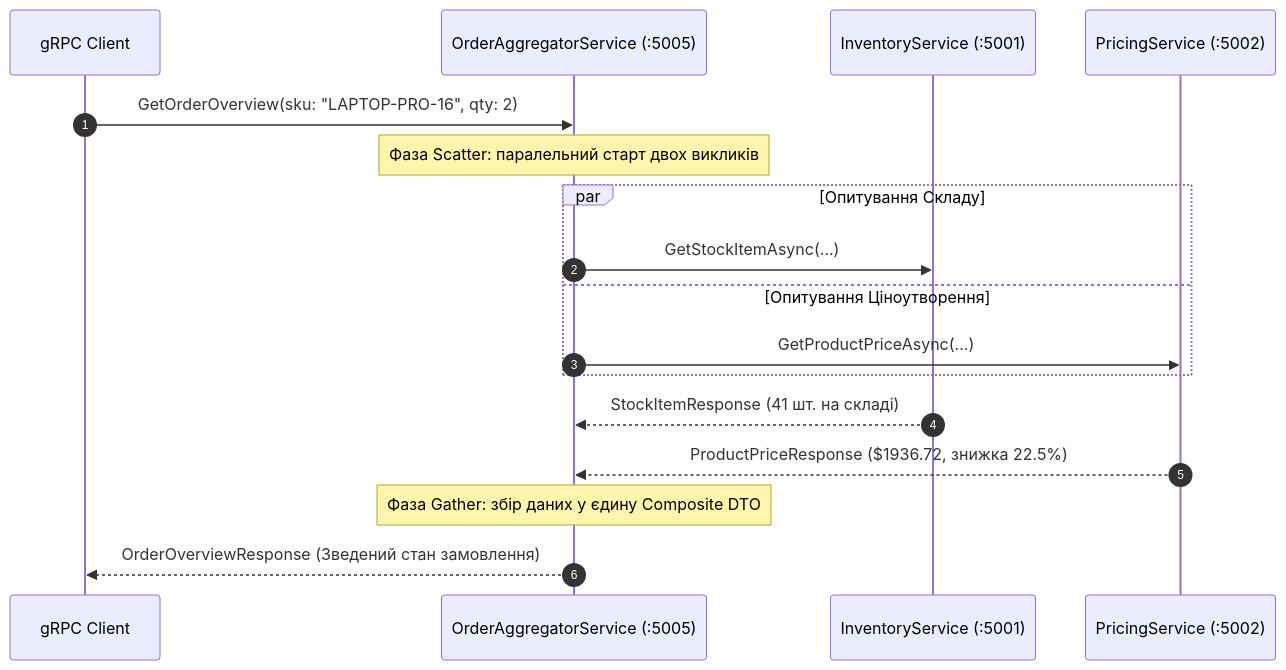
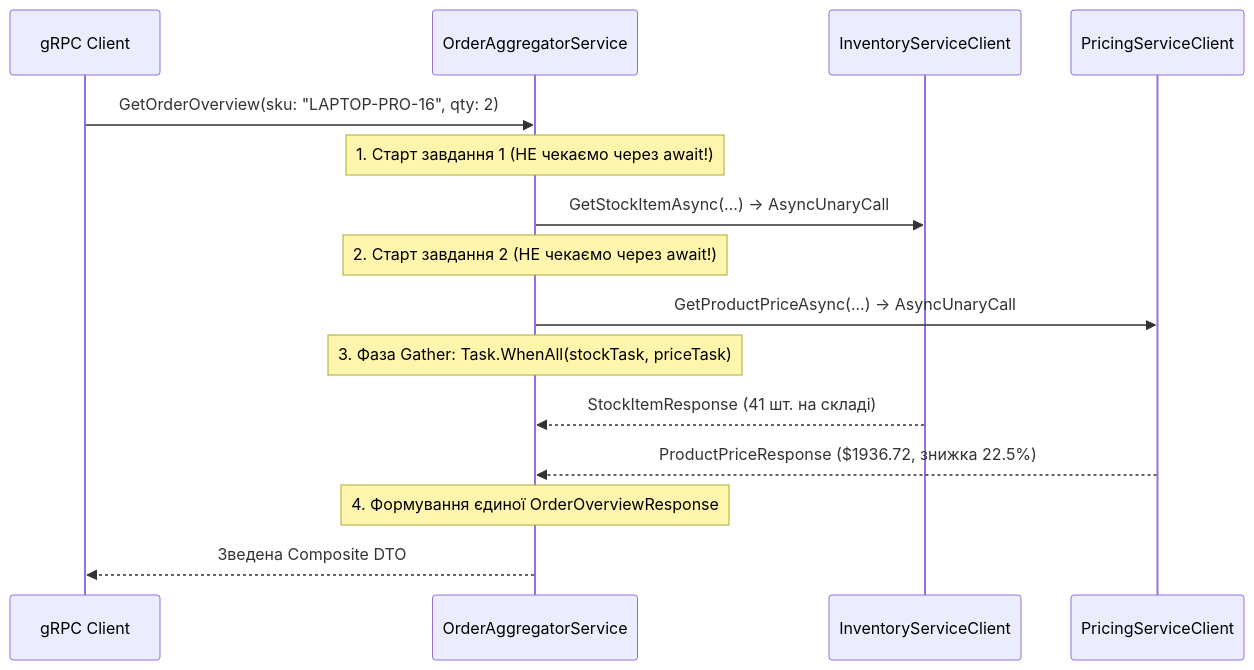
Before and after one commit to MrTomkaYurii/AspNet-gRPC-Mastery: the second of 3 diagrams in docs/Mastery-05-Aggregator-Pattern.md, drawn with Mermaid. The commit also changed other lines of this file and 5 other files, not shown here.

Commit message:
docs(academic): enrich comprehensive theoretical handbooks with binary layouts, diagrams, and labs

````diff
--- a/docs/Mastery-05-Aggregator-Pattern.md
+++ b/docs/Mastery-05-Aggregator-Pattern.md
@@ -48,22 +94,20 @@
 ```mermaid
 sequenceDiagram
-    autonumber
     participant Client as gRPC Client
-    participant Aggregator as OrderAggregatorService (:5005)
-    participant Inventory as InventoryService (:5001)
-    participant Pricing as PricingService (:5002)
+    participant Aggregator as OrderAggregatorService
+    participant InvClient as InventoryServiceClient
+    participant PriceClient as PricingServiceClient
 
     Client->>Aggregator: GetOrderOverview(sku: "LAPTOP-PRO-16", qty: 2)
-    Note over Aggregator: Фаза Scatter: паралельний старт двох викликів
-    par Опитування Складу
-        Aggregator->>Inventory: GetStockItemAsync(...)
-    and Опитування Ціноутворення
-        Aggregator->>Pricing: GetProductPriceAsync(...)
-    end
+    Note over Aggregator: 1. Старт завдання 1 (НЕ чекаємо через await!)
+    Aggregator->>InvClient: GetStockItemAsync(...) -> AsyncUnaryCall
+    Note over Aggregator: 2. Старт завдання 2 (НЕ чекаємо через await!)
+    Aggregator->>PriceClient: GetProductPriceAsync(...) -> AsyncUnaryCall
+    
+    Note over Aggregator: 3. Фаза Gather: Task.WhenAll(stockTask, priceTask)
+    InvClient-->>Aggregator: StockItemResponse (41 шт. на складі)
+    PriceClient-->>Aggregator: ProductPriceResponse ($1936.72, знижка 22.5%)
 
-    Inventory-->>Aggregator: StockItemResponse (41 шт. на складі)
-    Pricing-->>Aggregator: ProductPriceResponse ($1936.72, знижка 22.5%)
-
-    Note over Aggregator: Фаза Gather: збір даних у єдину Composite DTO
-    Aggregator-->>Client: OrderOverviewResponse (Зведений стан замовлення)
+    Note over Aggregator: 4. Формування єдиної OrderOverviewResponse
+    Aggregator-->>Client: Зведена Composite DTO
 ```
````
